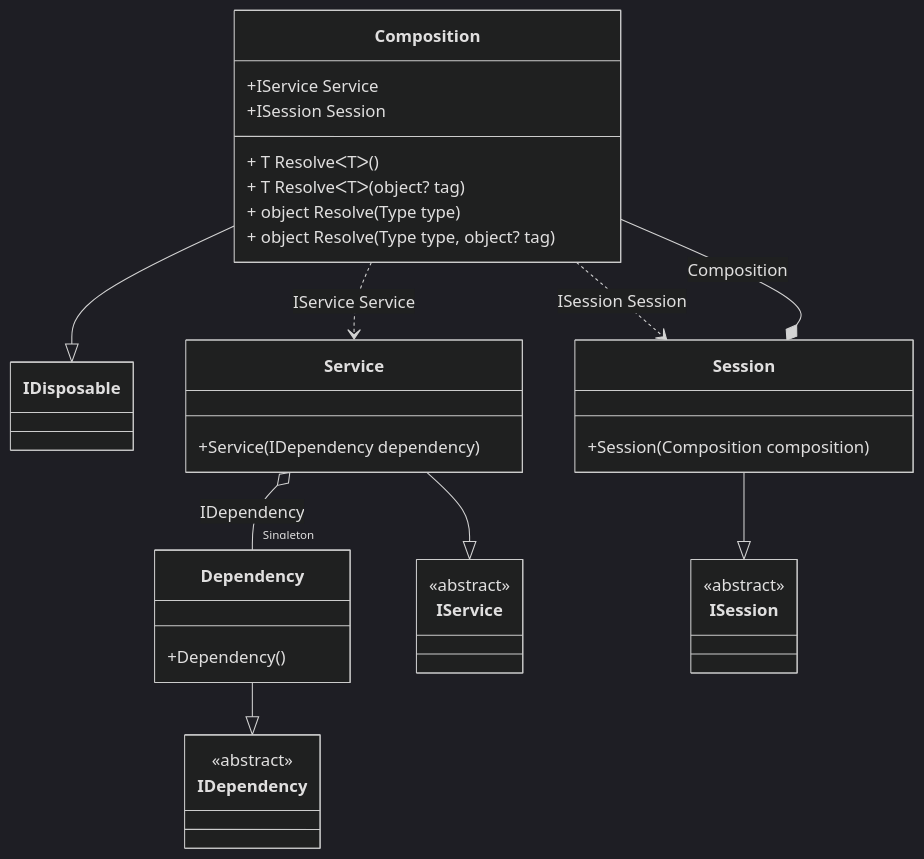
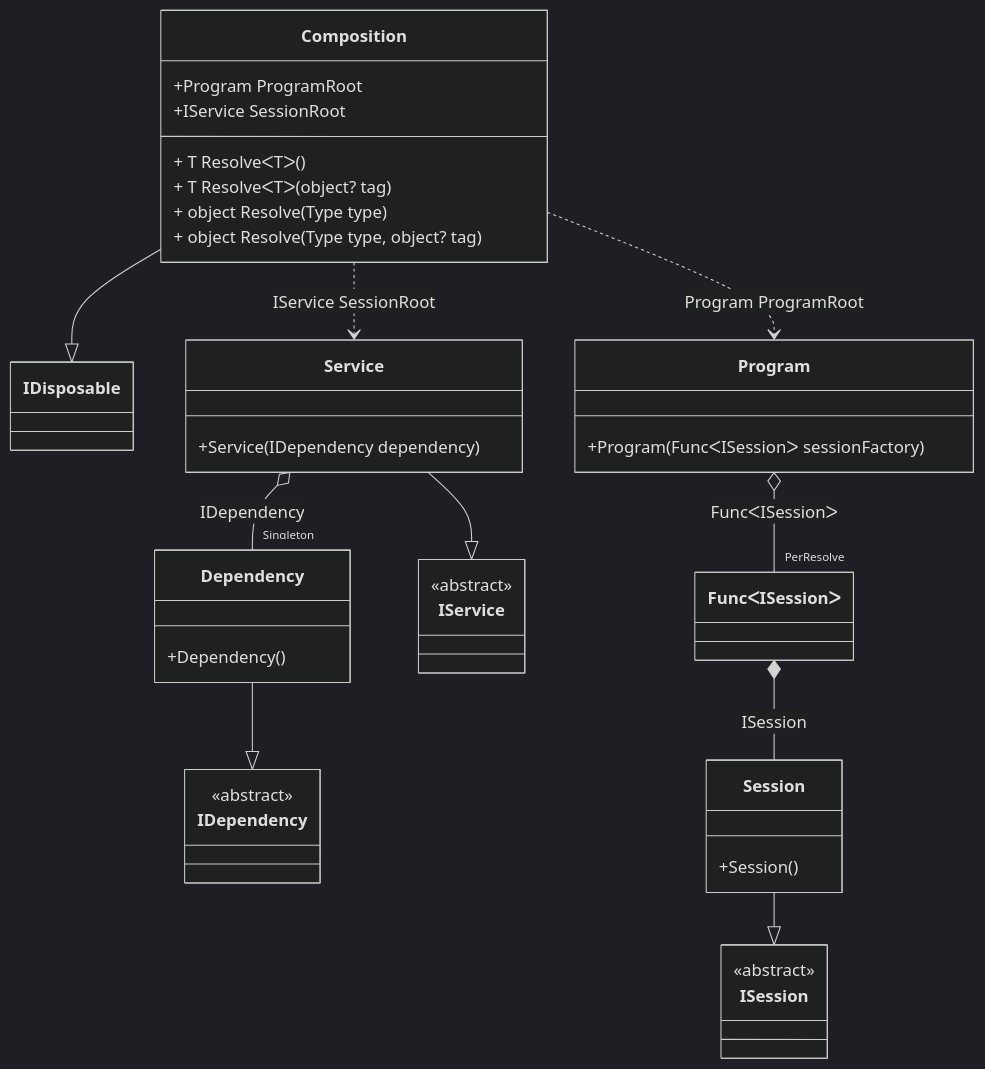
One commit to DevTeam/Pure.DI changed the diagram in readme/scope.md. Above: the diagram before and after it, drawn with Mermaid (dark theme). The commit also changed other lines of this file and 78 other files, not shown here.

````diff
--- a/readme/scope.md
+++ b/readme/scope.md
@@ -79,38 +83,42 @@
 ```mermaid
 classDiagram
   class Composition {
-    +IService Service
-    +ISession Session
+    +Program ProgramRoot
+    +IService SessionRoot
     + T ResolveᐸTᐳ()
     + T ResolveᐸTᐳ(object? tag)
     + object Resolve(Type type)
     + object Resolve(Type type, object? tag)
   }
   Composition --|> IDisposable
-  class Composition
+  class Program {
+    +Program(FuncᐸISessionᐳ sessionFactory)
+  }
   Dependency --|> IDependency : 
   class Dependency {
     +Dependency()
   }
   Service --|> IService : 
   class Service {
     +Service(IDependency dependency)
   }
   Session --|> ISession : 
   class Session {
-    +Session(Composition composition)
+    +Session()
   }
+  class FuncᐸISessionᐳ
   class IDependency {
     <<abstract>>
   }
   class IService {
     <<abstract>>
   }
   class ISession {
     <<abstract>>
   }
+  Program o--  "PerResolve" FuncᐸISessionᐳ : FuncᐸISessionᐳ
   Service o--  "Singleton" Dependency : IDependency
-  Session *--  Composition : Composition
-  Composition ..> Service : IService Service
-  Composition ..> Session : ISession Session
+  Composition ..> Service : IService SessionRoot
+  Composition ..> Program : Program ProgramRoot
+  FuncᐸISessionᐳ *--  Session : ISession
 ```
````
